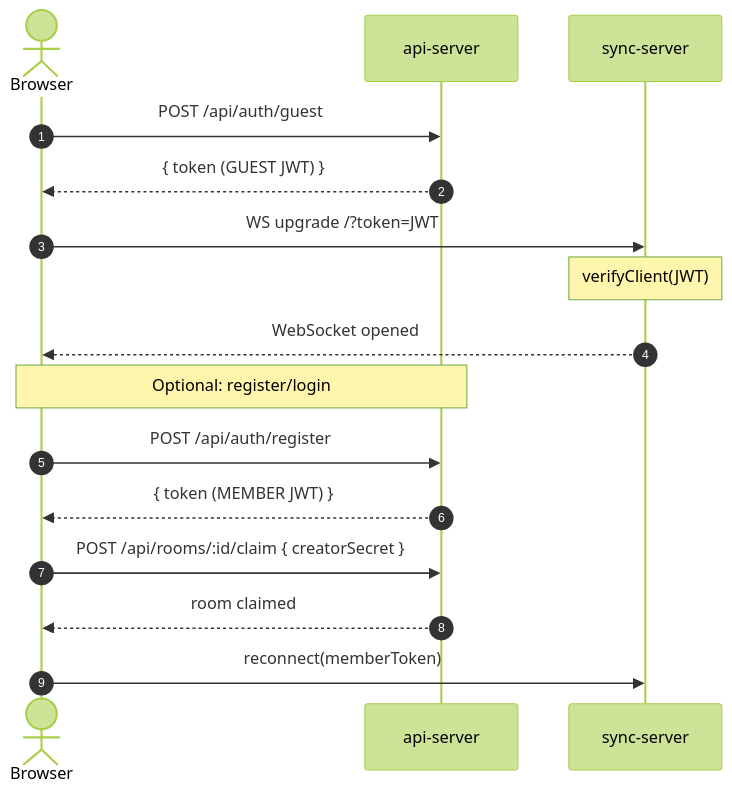
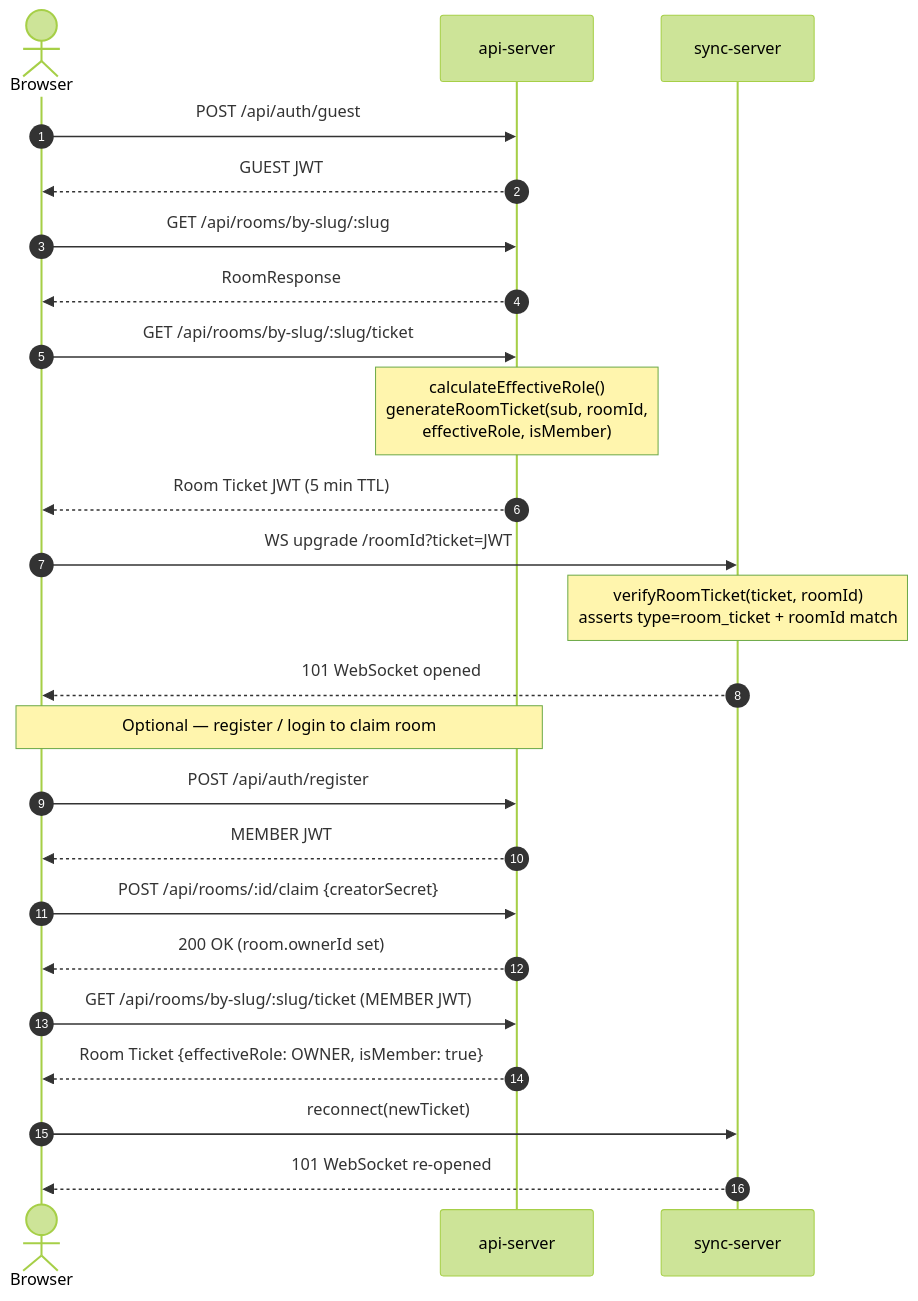
One commit to sonsonson110/collab-text-editor changed the first of 10 diagrams in docs/architecture.md. Above: the diagram before and after it, drawn with Mermaid (forest theme). The commit also changed other lines of this file and 13 other files, not shown here.

Commit message:
feat: implement real-time permission synchronization and update JWT room tickets with member status.

````diff
--- a/docs/architecture.md
+++ b/docs/architecture.md
@@ -177,23 +260,34 @@
 ```mermaid
 sequenceDiagram
     autonumber
     actor Browser
     participant api as api-server
     participant sync as sync-server
 
     Browser->>api: POST /api/auth/guest
-    api-->>Browser: { token (GUEST JWT) }
+    api-->>Browser: GUEST JWT
 
-    Browser->>sync: WS upgrade /?token=JWT
-    Note over sync: verifyClient(JWT)
-    sync-->>Browser: WebSocket opened
+    Browser->>api: GET /api/rooms/by-slug/:slug
+    api-->>Browser: RoomResponse
 
-    Note over Browser, api: Optional: register/login
+    Browser->>api: GET /api/rooms/by-slug/:slug/ticket
+    Note over api: calculateEffectiveRole()<br/>generateRoomTicket(sub, roomId,<br/>effectiveRole, isMember)
+    api-->>Browser: Room Ticket JWT (5 min TTL)
+
+    Browser->>sync: WS upgrade /roomId?ticket=JWT
+    Note over sync: verifyRoomTicket(ticket, roomId)<br/>asserts type=room_ticket + roomId match
+    sync-->>Browser: 101 WebSocket opened
+
+    Note over Browser,api: Optional — register / login to claim room
     Browser->>api: POST /api/auth/register
-    api-->>Browser: { token (MEMBER JWT) }
+    api-->>Browser: MEMBER JWT
 
-    Browser->>api: POST /api/rooms/:id/claim { creatorSecret }
-    api-->>Browser: room claimed
+    Browser->>api: POST /api/rooms/:id/claim {creatorSecret}
+    api-->>Browser: 200 OK (room.ownerId set)
 
-    Browser->>sync: reconnect(memberToken)
+    Browser->>api: GET /api/rooms/by-slug/:slug/ticket (MEMBER JWT)
+    api-->>Browser: Room Ticket {effectiveRole: OWNER, isMember: true}
+
+    Browser->>sync: reconnect(newTicket)
+    sync-->>Browser: 101 WebSocket re-opened
 ```
````
